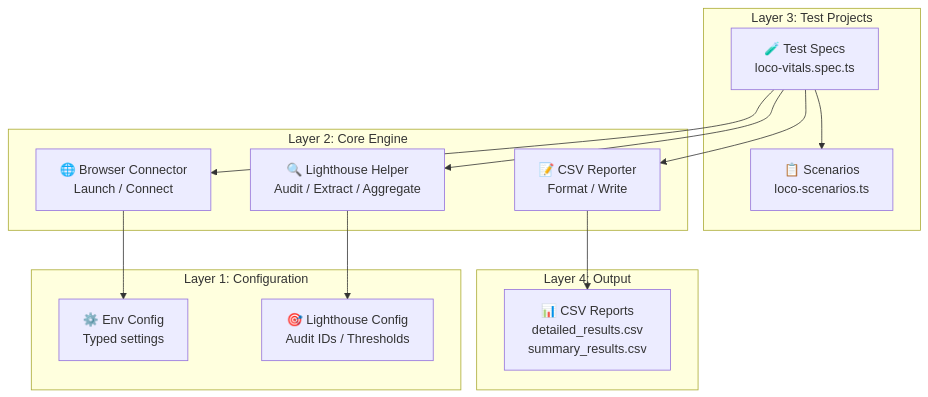
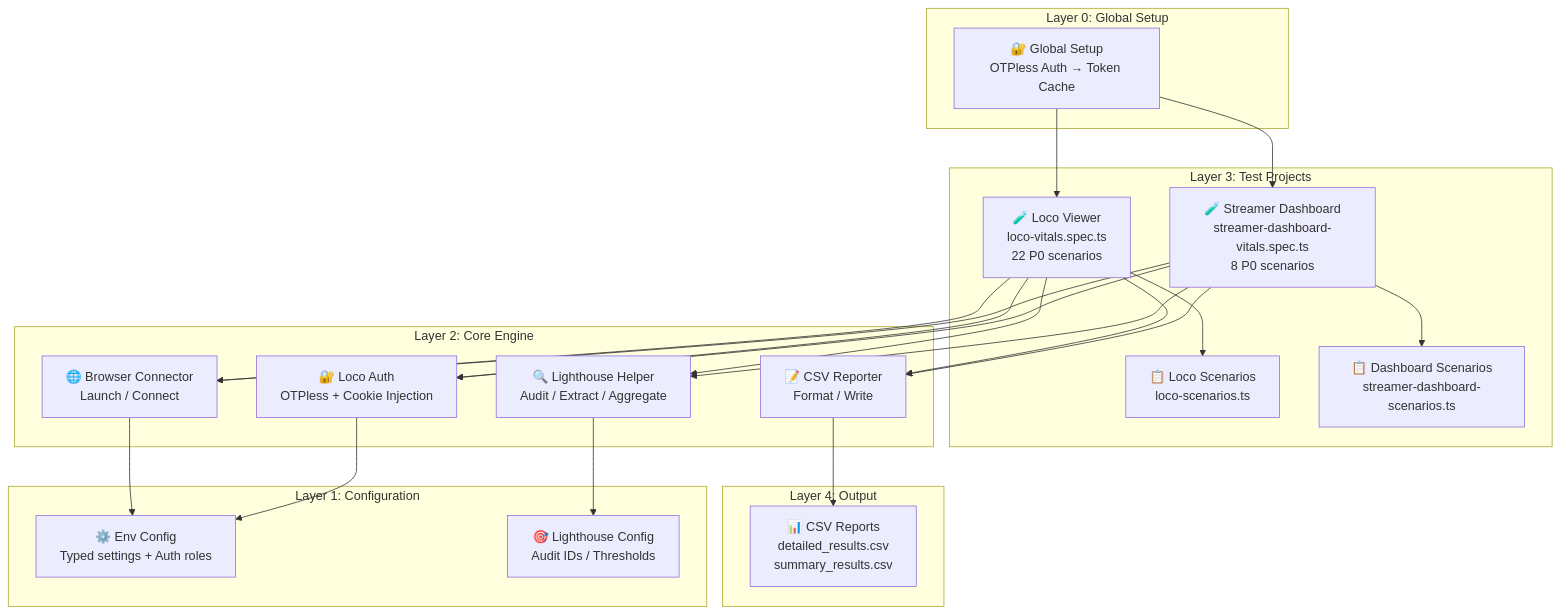
Before and after one commit to getloconow/Loco_Performance_Automation: the third of 7 diagrams in README.md, drawn with Mermaid. The commit also changed other lines of this file, not shown here.

````diff
--- a/README.md
+++ b/README.md
@@ -221,30 +231,46 @@
 ```mermaid
 graph TB
+    subgraph "Layer 0: Global Setup"
+        GS["🔐 Global Setup<br/>OTPless Auth → Token Cache"]
+    end
+
     subgraph "Layer 4: Output"
         R["📊 CSV Reports<br/>detailed_results.csv<br/>summary_results.csv"]
     end
 
     subgraph "Layer 3: Test Projects"
-        T["🧪 Test Specs<br/>loco-vitals.spec.ts"]
-        S["📋 Scenarios<br/>loco-scenarios.ts"]
+        T1["🧪 Loco Viewer<br/>loco-vitals.spec.ts<br/>22 P0 scenarios"]
+        T2["🧪 Streamer Dashboard<br/>streamer-dashboard-vitals.spec.ts<br/>8 P0 scenarios"]
+        S1["📋 Loco Scenarios<br/>loco-scenarios.ts"]
+        S2["📋 Dashboard Scenarios<br/>streamer-dashboard-scenarios.ts"]
     end
 
     subgraph "Layer 2: Core Engine"
         BC["🌐 Browser Connector<br/>Launch / Connect"]
         LH["🔍 Lighthouse Helper<br/>Audit / Extract / Aggregate"]
         CR["📝 CSV Reporter<br/>Format / Write"]
+        LA["🔐 Loco Auth<br/>OTPless + Cookie Injection"]
     end
 
     subgraph "Layer 1: Configuration"
-        EC["⚙️ Env Config<br/>Typed settings"]
+        EC["⚙️ Env Config<br/>Typed settings + Auth roles"]
         LC["🎯 Lighthouse Config<br/>Audit IDs / Thresholds"]
     end
 
-    T --> BC
-    T --> LH
-    T --> CR
-    T --> S
+    GS --> T1
+    GS --> T2
+    T1 --> BC
+    T1 --> LH
+    T1 --> CR
+    T1 --> LA
+    T1 --> S1
+    T2 --> BC
+    T2 --> LH
+    T2 --> CR
+    T2 --> LA
+    T2 --> S2
     BC --> EC
     LH --> LC
     CR --> R
+    LA --> EC
 ```
````
